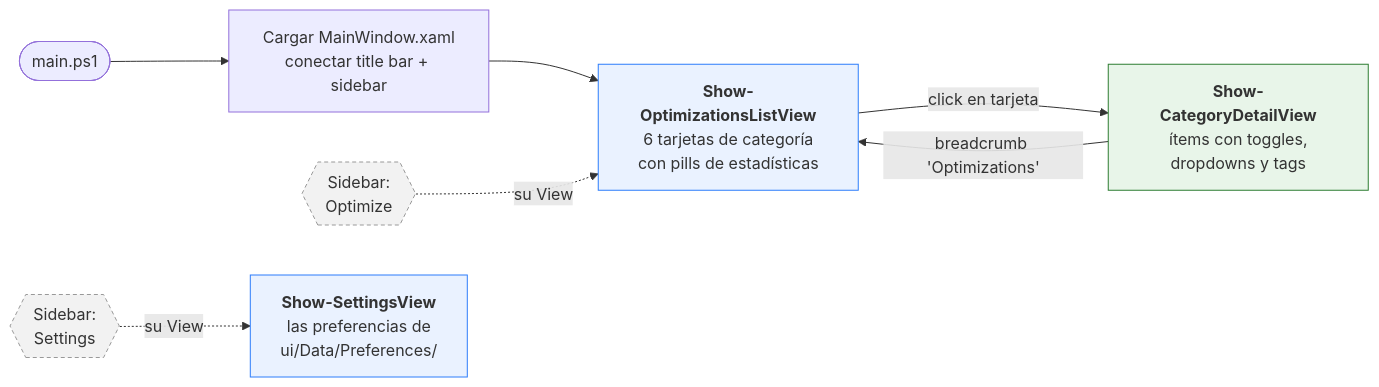
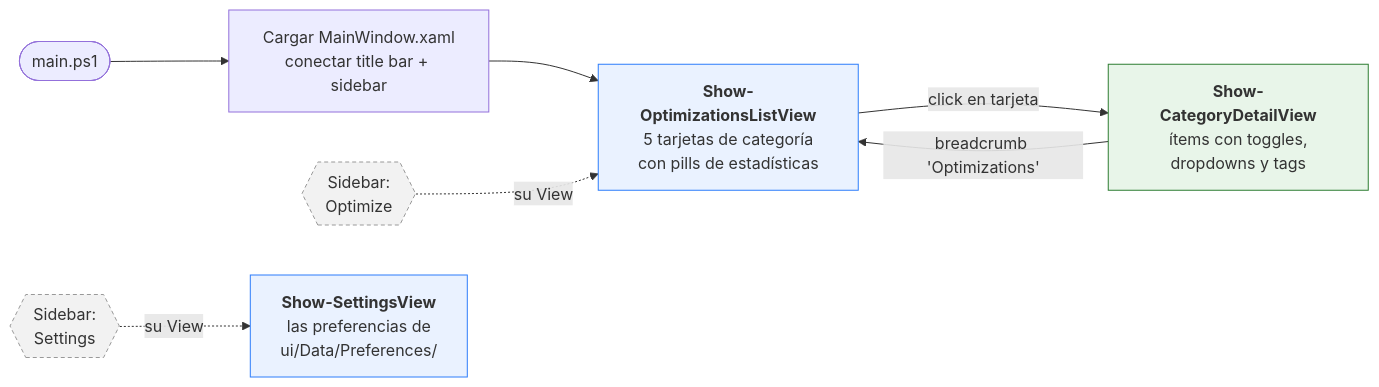
Before and after one commit to johansparra/OptimizadorPC: the third of 4 diagrams in README.md, drawn with Mermaid. The commit also changed other lines of this file and 7 other files, not shown here.

````diff
--- a/README.md
+++ b/README.md
@@ -627,16 +637,16 @@
 ```mermaid
 flowchart LR
     START([main.ps1]) --> SHELL[Cargar MainWindow.xaml<br/>conectar title bar + sidebar]
-    SHELL --> LISTV["<b>Show-OptimizationsListView</b><br/>6 tarjetas de categoría<br/>con pills de estadísticas"]
+    SHELL --> LISTV["<b>Show-OptimizationsListView</b><br/>5 tarjetas de categoría<br/>con pills de estadísticas"]
     LISTV -->|click en tarjeta| DETV["<b>Show-CategoryDetailView</b><br/>ítems con toggles,<br/>dropdowns y tags"]
     DETV -->|breadcrumb 'Optimizations'| LISTV
 
     SIDEBAR{{"Sidebar:<br/>Optimize"}} -.->|su View| LISTV
     NAVSET{{"Sidebar:<br/>Settings"}} -.->|su View| SETV["<b>Show-SettingsView</b><br/>las preferencias de<br/>ui/Data/Preferences/"]
 
     style LISTV fill:#EAF2FF,stroke:#2D7DFB
     style DETV fill:#E8F5E9,stroke:#2E7D32
     style SETV fill:#EAF2FF,stroke:#2D7DFB
     style SIDEBAR fill:#F2F2F2,stroke:#999,stroke-dasharray: 4 3
     style NAVSET fill:#F2F2F2,stroke:#999,stroke-dasharray: 4 3
 ```
````
